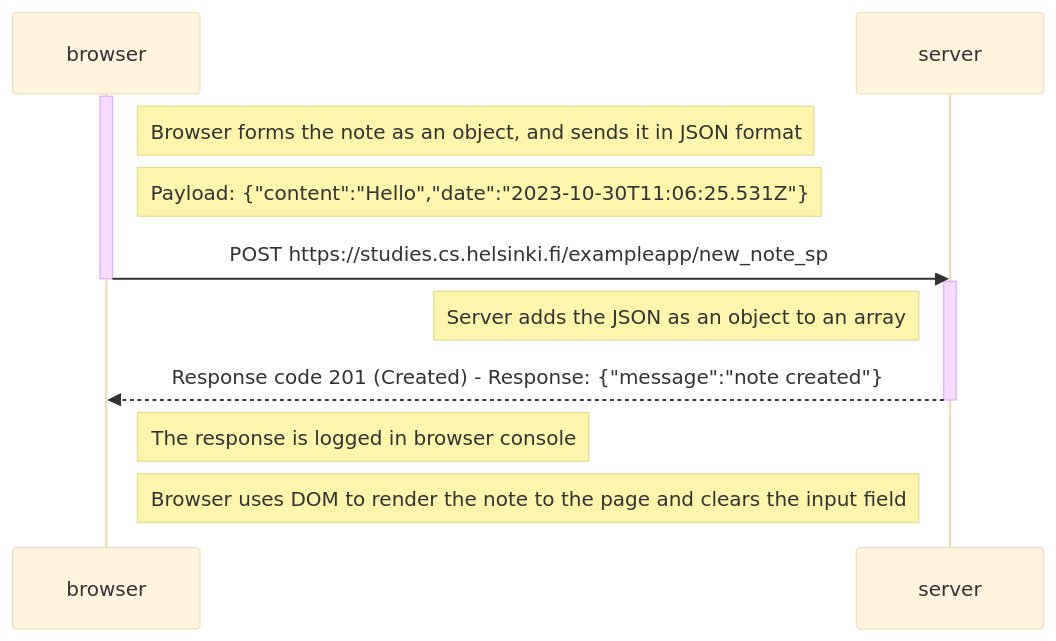
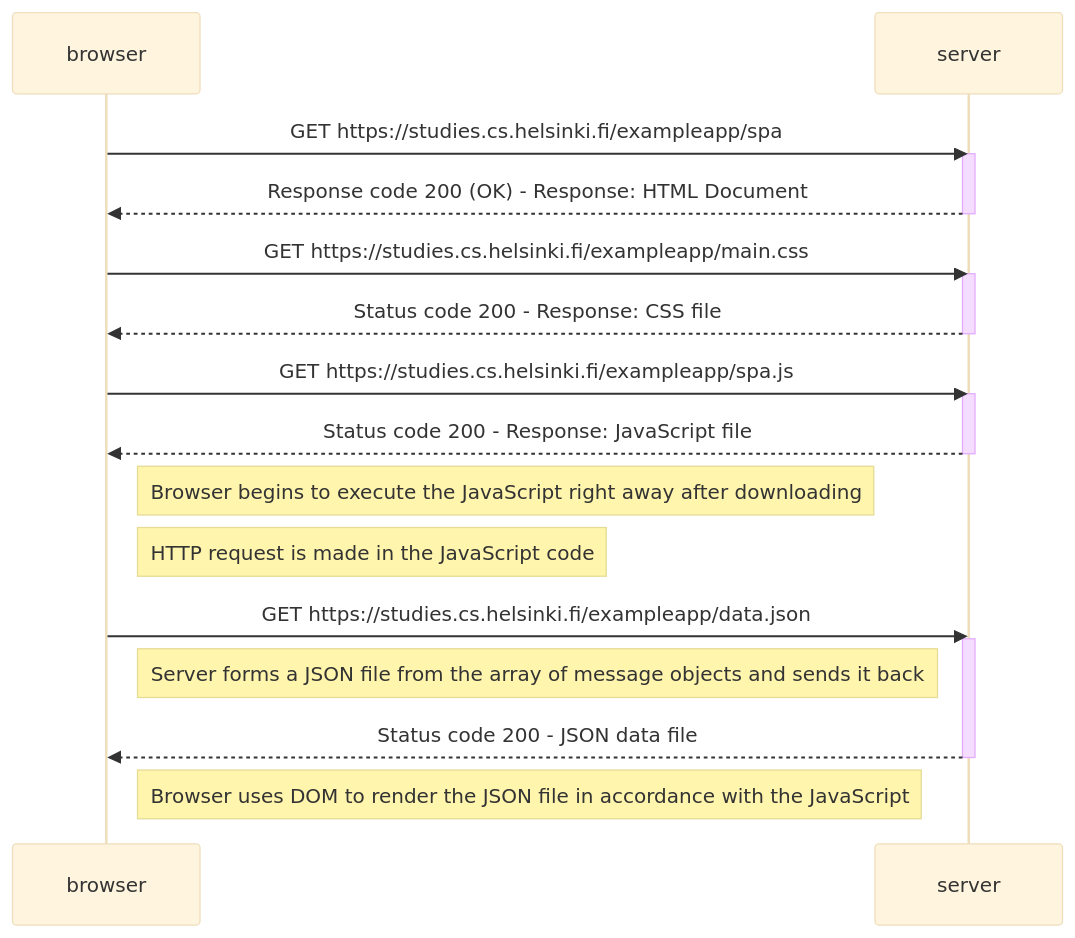
Before and after one commit to jarikain/full-stack-open-exercises: the diagram in part0/0.5-single-page-app.md, drawn with Mermaid (base theme).

Commit message:
Fix exercise 0.5

````diff
--- a/part0/0.5-single-page-app.md
+++ b/part0/0.5-single-page-app.md
@@ -1,18 +1,30 @@
 ```mermaid
 sequenceDiagram
     participant browser
     participant server
-    
-    activate browser
-    Note right of browser: Browser forms the note as an object, and sends it in JSON format
-    Note right of browser: Payload: {"content":"Hello","date":"2023-10-30T11:06:25.531Z"}
-    browser->>server: POST https://studies.cs.helsinki.fi/exampleapp/new_note_sp
-    deactivate browser
+
+    browser->>server: GET https://studies.cs.helsinki.fi/exampleapp/spa
     activate server
-    Note left of server: Server adds the JSON as an object to an array
-    server-->>browser: Response code 201 (Created) - Response: {"message":"note created"}
+    server-->>browser: Response code 200 (OK) - Response: HTML Document
     deactivate server
 
-    Note right of browser: The response is logged in browser console
-    Note right of browser: Browser uses DOM to render the note to the page and clears the input field    
+
+    browser->>server: GET https://studies.cs.helsinki.fi/exampleapp/main.css
+    activate server
+    server-->>browser: Status code 200 - Response: CSS file
+    deactivate server
+
+    browser->>server: GET https://studies.cs.helsinki.fi/exampleapp/spa.js
+    activate server
+    server-->>browser: Status code 200 - Response: JavaScript file
+    deactivate server
+    Note right of browser: Browser begins to execute the JavaScript right away after downloading
+
+    Note right of browser: HTTP request is made in the JavaScript code
+    browser->>server: GET https://studies.cs.helsinki.fi/exampleapp/data.json
+    activate server
+    Note left of server: Server forms a JSON file from the array of message objects and sends it back
+    server-->>browser: Status code 200 - JSON data file
+    deactivate server
+    Note right of browser: Browser uses DOM to render the JSON file in accordance with the JavaScript
 ```
````
